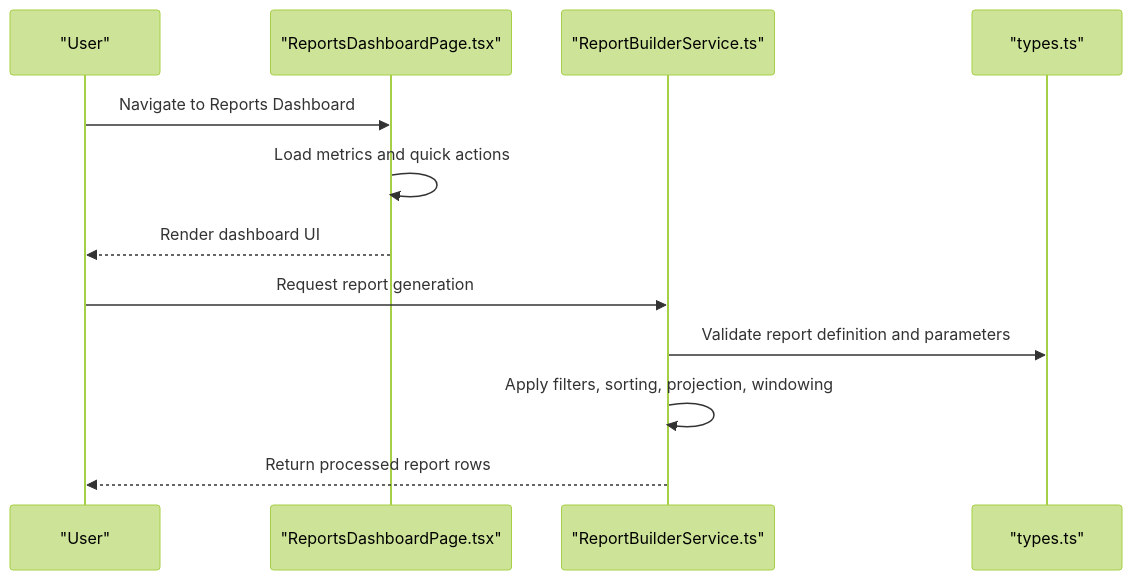
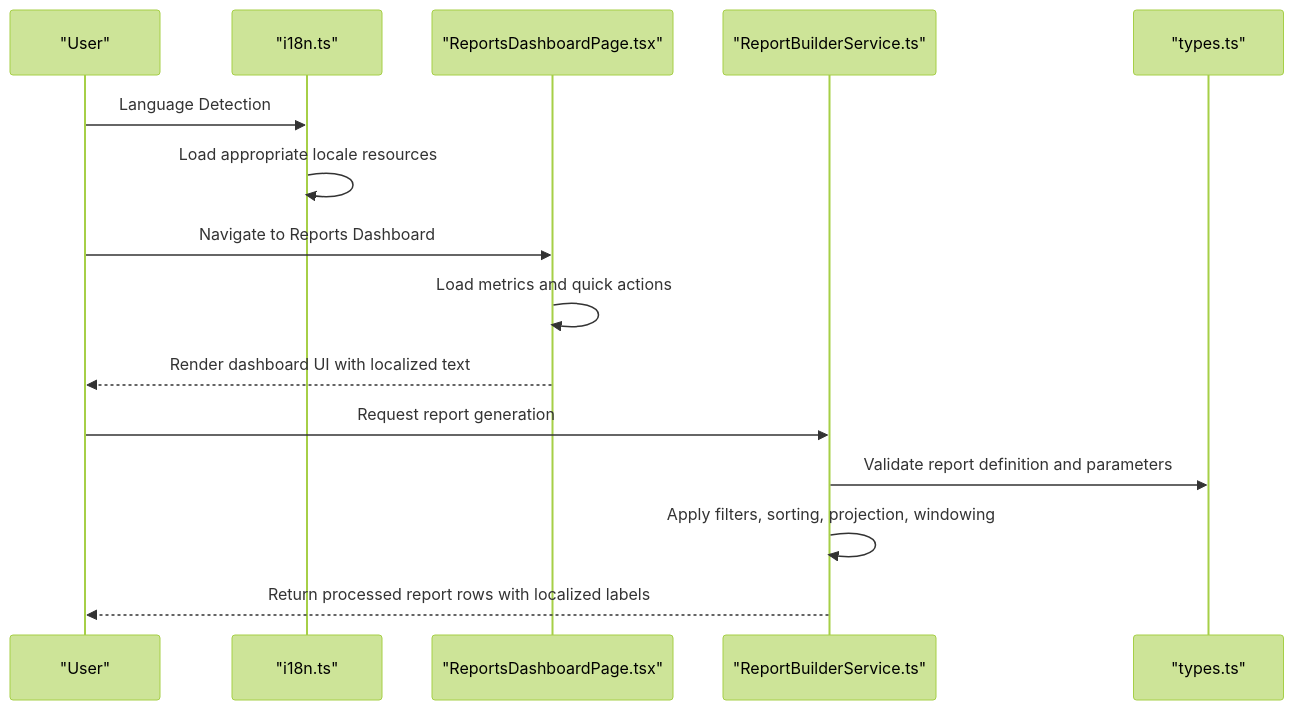
The second of 10 diagrams in .qoder/repowiki/en/content/Modules System/Reports Module.md (geniusdynamics/schoolpilot), drawn with Mermaid (forest theme) before and after one commit. The commit also changed other lines of this file and 16 other files, not shown here.

````diff
--- a/.qoder/repowiki/en/content/Modules System/Reports Module.md
+++ b/.qoder/repowiki/en/content/Modules System/Reports Module.md
@@ -101,14 +125,17 @@
 ```mermaid
 sequenceDiagram
 participant User as "User"
+participant I18n as "i18n.ts"
 participant Page as "ReportsDashboardPage.tsx"
 participant Builder as "ReportBuilderService.ts"
 participant Types as "types.ts"
+User->>I18n : Language Detection
+I18n->>I18n : Load appropriate locale resources
 User->>Page : Navigate to Reports Dashboard
 Page->>Page : Load metrics and quick actions
-Page-->>User : Render dashboard UI
+Page-->>User : Render dashboard UI with localized text
 User->>Builder : Request report generation
 Builder->>Types : Validate report definition and parameters
 Builder->>Builder : Apply filters, sorting, projection, windowing
-Builder-->>User : Return processed report rows
+Builder-->>User : Return processed report rows with localized labels
 ```
````
